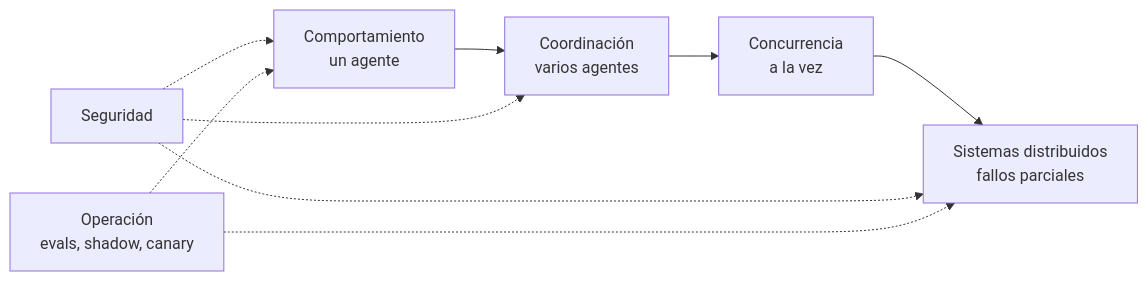
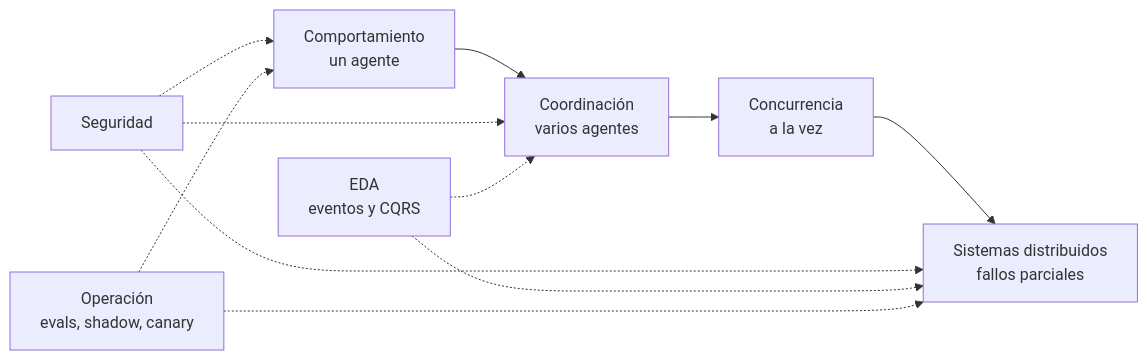
The first of 53 diagrams in md/Patrones aplicados al desarrollo de agentes.md (whinedo/ai-docs), drawn with Mermaid before and after one commit. The commit also changed other lines of this file and 1 other file, not shown here.

Commit message:
added section for EDA in patterns guide

````diff
--- a/md/Patrones aplicados al desarrollo de agentes.md
+++ b/md/Patrones aplicados al desarrollo de agentes.md
@@ -102,11 +108,13 @@
 ```mermaid
 flowchart LR
   C["Comportamiento<br/>un agente"] --> CO["Coordinación<br/>varios agentes"]
   CO --> CC["Concurrencia<br/>a la vez"]
   CC --> SD["Sistemas distribuidos<br/>fallos parciales"]
   S["Seguridad"] -.-> C
   S -.-> CO
   S -.-> SD
+  E["EDA<br/>eventos y CQRS"] -.-> CO
+  E -.-> SD
   O["Operación<br/>evals, shadow, canary"] -.-> C
   O -.-> SD
 ```
````
